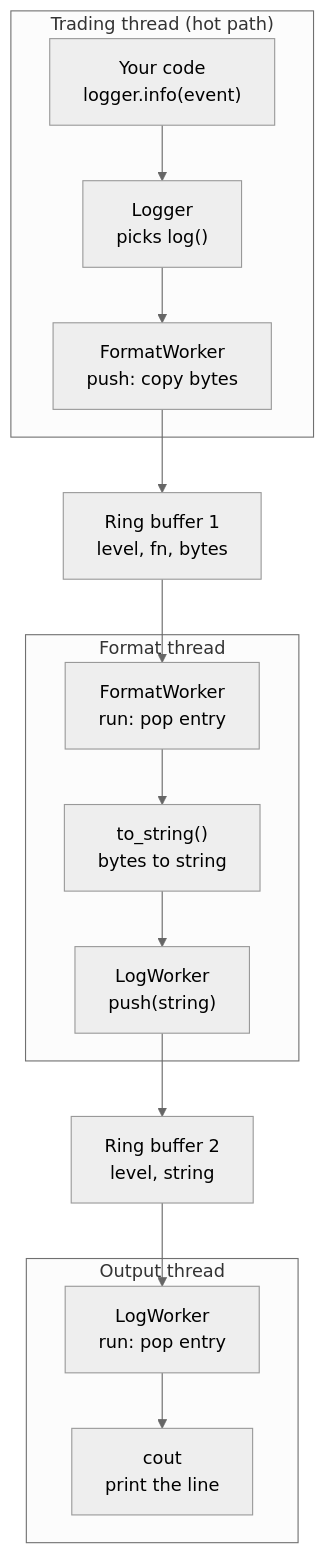
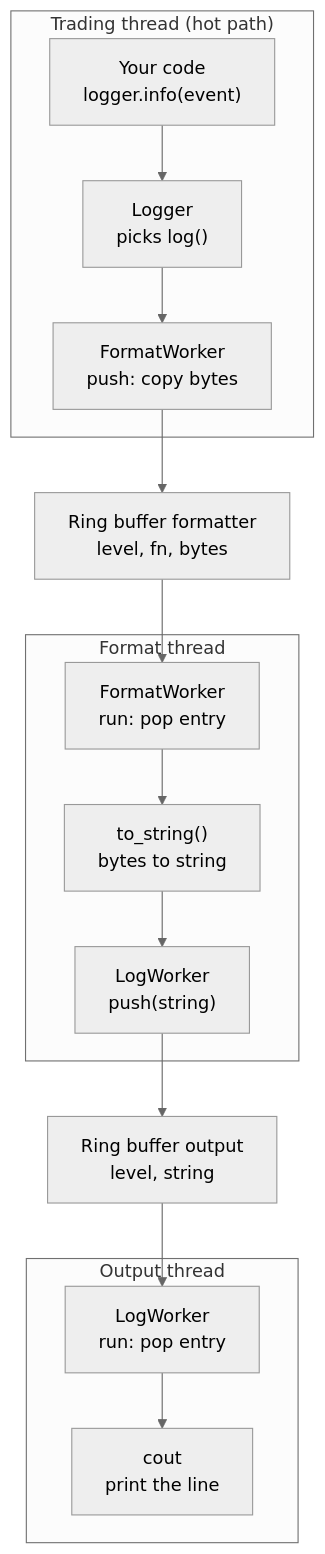
One commit to papannnn/Trading-Engine-Simulator changed the second of 3 diagrams in 02-low-latency-async-logger/README.md. Above: the diagram before and after it, drawn with Mermaid (neutral theme). The commit also changed other lines of this file and 2 other files, not shown here.

````diff
--- a/02-low-latency-async-logger/README.md
+++ b/02-low-latency-async-logger/README.md
@@ -268,23 +270,23 @@
 ```mermaid
 flowchart TB
     subgraph TT["Trading thread (hot path)"]
         A["Your code<br/>logger.info(event)"] --> B["Logger<br/>picks log()"]
         B --> C["FormatWorker<br/>push: copy bytes"]
     end
 
-    C --> RB1["Ring buffer 1<br/>level, fn, bytes"]
+    C --> RBF["Ring buffer formatter<br/>level, fn, bytes"]
 
     subgraph FT["Format thread"]
         D["FormatWorker<br/>run: pop entry"] --> E["to_string()<br/>bytes to string"]
         E --> F["LogWorker<br/>push(string)"]
     end
 
-    RB1 --> D
-    F --> RB2["Ring buffer 2<br/>level, string"]
+    RBF --> D
+    F --> RBO["Ring buffer output<br/>level, string"]
 
     subgraph OT["Output thread"]
         G["LogWorker<br/>run: pop entry"] --> H["cout<br/>print the line"]
     end
 
-    RB2 --> G
+    RBO --> G
 ```
````
